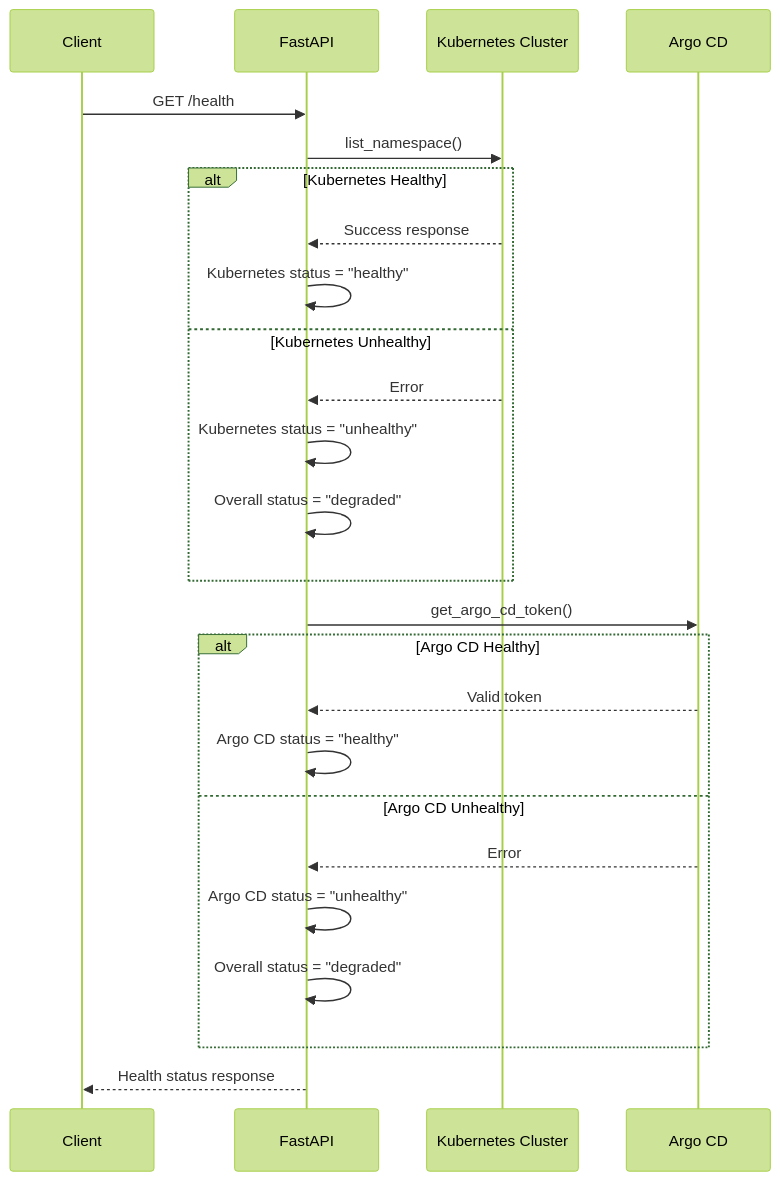
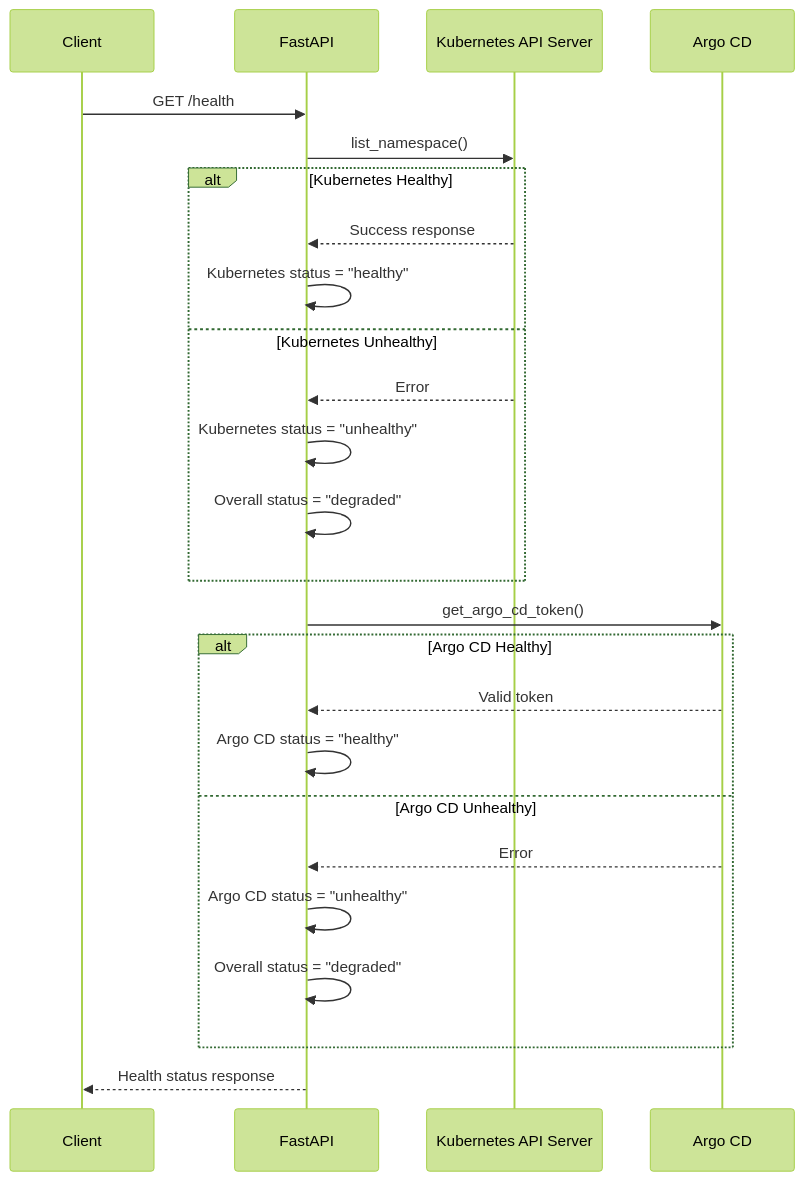
The sixth of 9 diagrams in README.md (lloydchang/tvp-k8s), drawn with Mermaid (forest theme) before and after one commit. The commit also changed other lines of this file and 4 other files, not shown here.

````diff
--- a/README.md
+++ b/README.md
@@ -485,32 +485,32 @@
 ```mermaid
 sequenceDiagram
     participant Client
     participant FastAPI
-    participant Kubernetes as Kubernetes Cluster
+    participant Kubernetes as Kubernetes API Server
     participant ArgoCD as Argo CD
     
     Client->>FastAPI: GET /health
     
     FastAPI->>Kubernetes: list_namespace()
     alt Kubernetes Healthy
         Kubernetes-->>FastAPI: Success response
         FastAPI->>FastAPI: Kubernetes status = "healthy"
     else Kubernetes Unhealthy
         Kubernetes-->>FastAPI: Error
         FastAPI->>FastAPI: Kubernetes status = "unhealthy"
         FastAPI->>FastAPI: Overall status = "degraded"
     end
     
     FastAPI->>ArgoCD: get_argo_cd_token()
     alt Argo CD Healthy
         ArgoCD-->>FastAPI: Valid token
         FastAPI->>FastAPI: Argo CD status = "healthy"
     else Argo CD Unhealthy
         ArgoCD-->>FastAPI: Error
         FastAPI->>FastAPI: Argo CD status = "unhealthy"
         FastAPI->>FastAPI: Overall status = "degraded"
     end
     
     FastAPI-->>Client: Health status response
 
 ```
````
